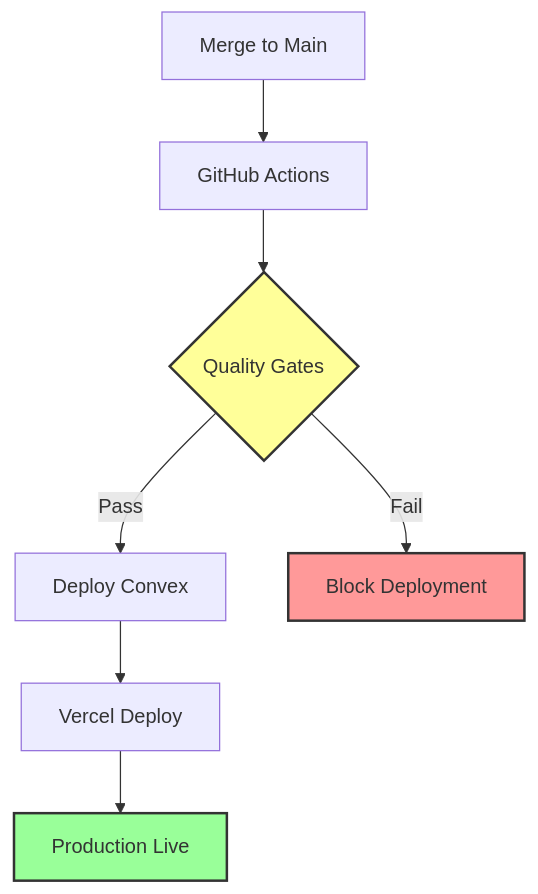
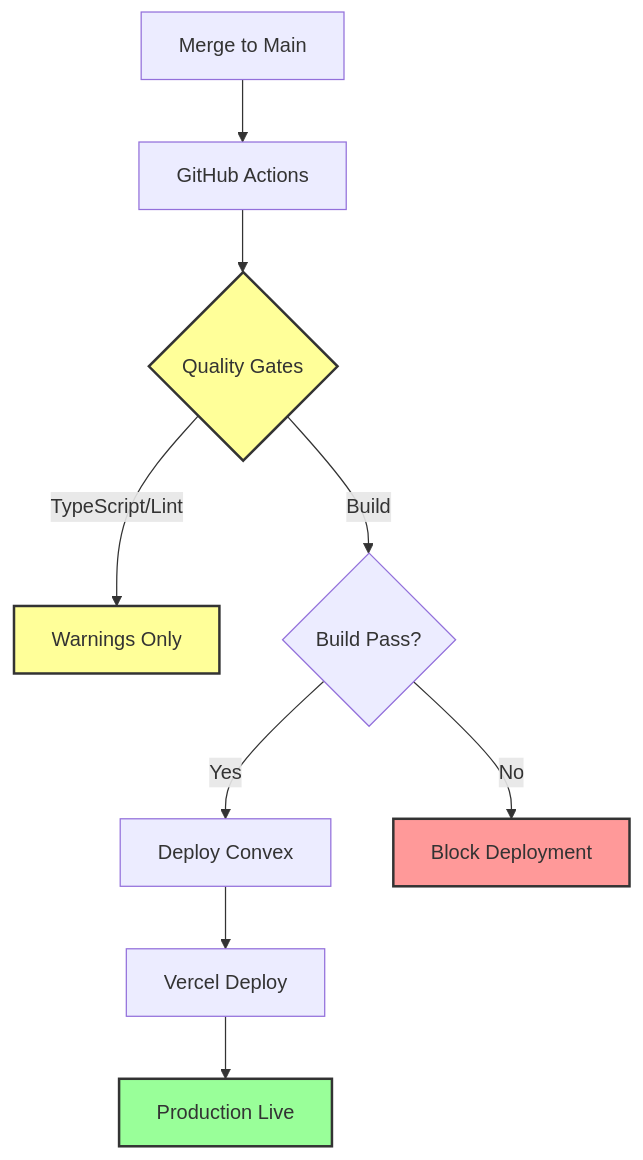
One commit to synergyai-os/Synergy-Open-Source changed the eighth of 8 diagrams in dev-docs/2-areas/architecture/system-architecture.md. Above: the diagram before and after it, drawn with Mermaid. The commit also changed other lines of this file and 62 other files, not shown here.

````diff
--- a/dev-docs/2-areas/architecture/system-architecture.md
+++ b/dev-docs/2-areas/architecture/system-architecture.md
@@ -642,13 +739,16 @@
 ```mermaid
 graph TD
     A[Merge to Main] --> B[GitHub Actions]
     B --> C{Quality Gates}
-    C -->|Pass| D[Deploy Convex]
-    C -->|Fail| E[Block Deployment]
-    D --> F[Vercel Deploy]
-    F --> G[Production Live]
+    C -->|TypeScript/Lint| D[Warnings Only]
+    C -->|Build| E{Build Pass?}
+    E -->|Yes| F[Deploy Convex]
+    E -->|No| G[Block Deployment]
+    F --> H[Vercel Deploy]
+    H --> I[Production Live]
     
     style C fill:#ff9,stroke:#333,stroke-width:2px
-    style E fill:#f99,stroke:#333,stroke-width:2px
-    style G fill:#9f9,stroke:#333,stroke-width:2px
+    style D fill:#ff9,stroke:#333,stroke-width:2px
+    style G fill:#f99,stroke:#333,stroke-width:2px
+    style I fill:#9f9,stroke:#333,stroke-width:2px
 ```
````
